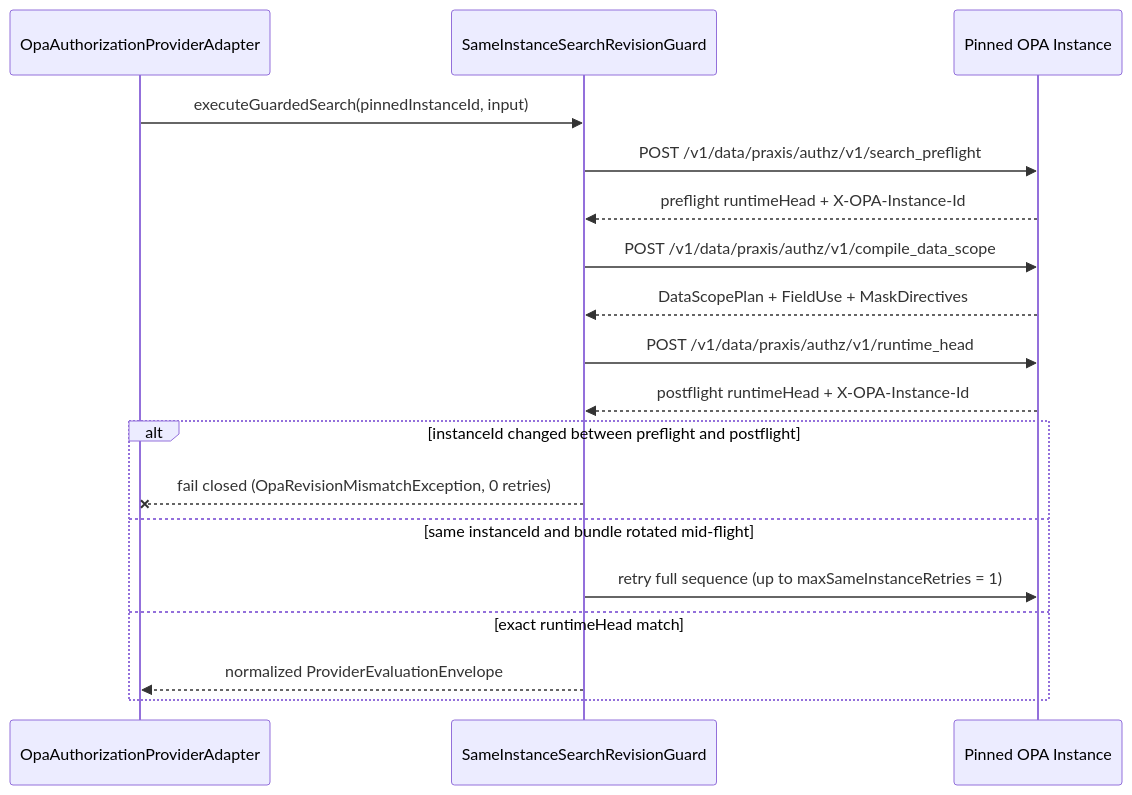
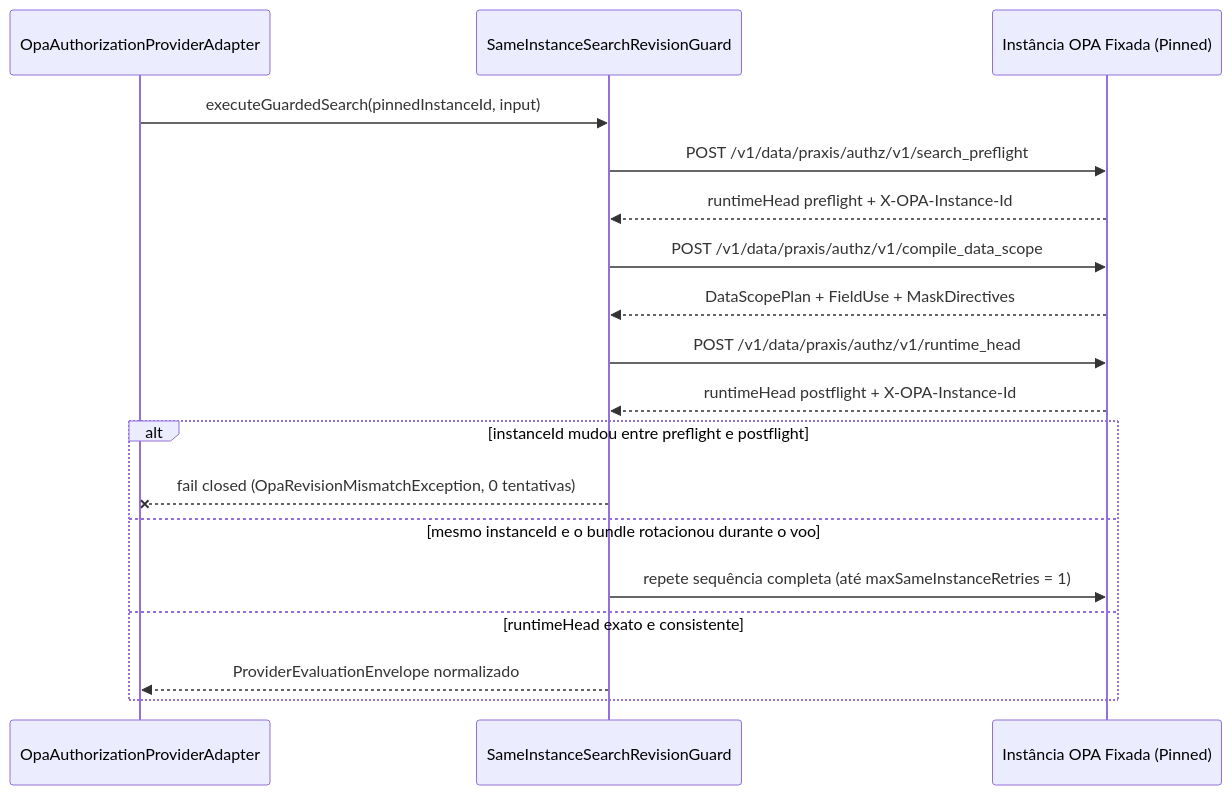
The second of 2 diagrams in README.md (codexrodrigues/praxis-authz-opa), drawn with Mermaid before and after one commit. The commit also changed other lines of this file and 4 other files, not shown here.

````diff
--- a/README.md
+++ b/README.md
@@ -53,22 +109,22 @@
 ```mermaid
 sequenceDiagram
     participant PEP as OpaAuthorizationProviderAdapter
     participant Guard as SameInstanceSearchRevisionGuard
-    participant OPA as Pinned OPA Instance
+    participant OPA as Instância OPA Fixada (Pinned)
 
     PEP->>Guard: executeGuardedSearch(pinnedInstanceId, input)
     Guard->>OPA: POST /v1/data/praxis/authz/v1/search_preflight
-    OPA-->>Guard: preflight runtimeHead + X-OPA-Instance-Id
+    OPA-->>Guard: runtimeHead preflight + X-OPA-Instance-Id
     Guard->>OPA: POST /v1/data/praxis/authz/v1/compile_data_scope
     OPA-->>Guard: DataScopePlan + FieldUse + MaskDirectives
     Guard->>OPA: POST /v1/data/praxis/authz/v1/runtime_head
-    OPA-->>Guard: postflight runtimeHead + X-OPA-Instance-Id
+    OPA-->>Guard: runtimeHead postflight + X-OPA-Instance-Id
 
-    alt instanceId changed between preflight and postflight
-        Guard--xPEP: fail closed (OpaRevisionMismatchException, 0 retries)
-    else same instanceId and bundle rotated mid-flight
-        Guard->>OPA: retry full sequence (up to maxSameInstanceRetries = 1)
-    else exact runtimeHead match
-        Guard-->>PEP: normalized ProviderEvaluationEnvelope
+    alt instanceId mudou entre preflight e postflight
+        Guard--xPEP: fail closed (OpaRevisionMismatchException, 0 tentativas)
+    else mesmo instanceId e o bundle rotacionou durante o voo
+        Guard->>OPA: repete sequência completa (até maxSameInstanceRetries = 1)
+    else runtimeHead exato e consistente
+        Guard-->>PEP: ProviderEvaluationEnvelope normalizado
     end
 ```
````
